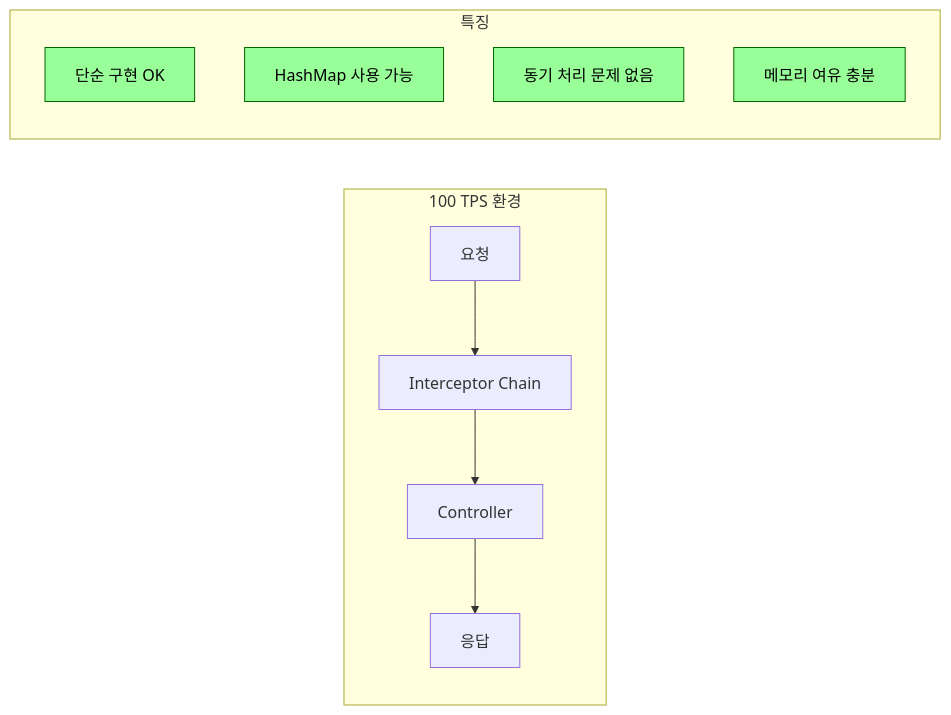
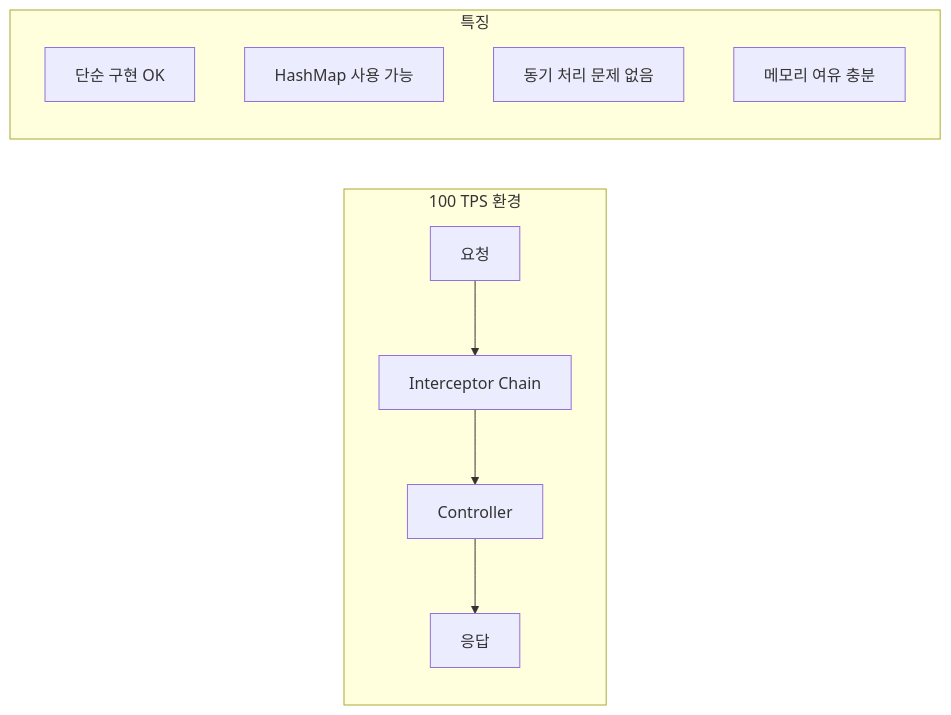
The sixth of 8 diagrams in _posts/spring/2026-05-02-spring-interceptor.md (yjkim2015/yjkim2015.github.io), drawn with Mermaid before and after one commit. The commit also changed other lines of this file and 215 other files, not shown here.

First line of the commit message:
신규 포스트 10개 추가 + Mermaid 전면 축소 + SystemDesign 시리즈 보강

````diff
--- a/_posts/spring/2026-05-02-spring-interceptor.md
+++ b/_posts/spring/2026-05-02-spring-interceptor.md
@@ -962,18 +897,14 @@
 ```mermaid
 graph LR
     subgraph "100 TPS 환경"
         A["요청"] --> B[Interceptor Chain]
         B --> C[Controller]
         C --> D["응답"]
     end
-
     subgraph "특징"
         E["단순 구현 OK"]
         F["HashMap 사용 가능"]
         G["동기 처리 문제 없음"]
         H["메모리 여유 충분"]
     end
-
-    classDef ok fill:#99ff99,stroke:#006600,color:#000
-    class E,F,G,H ok
 ```
````
